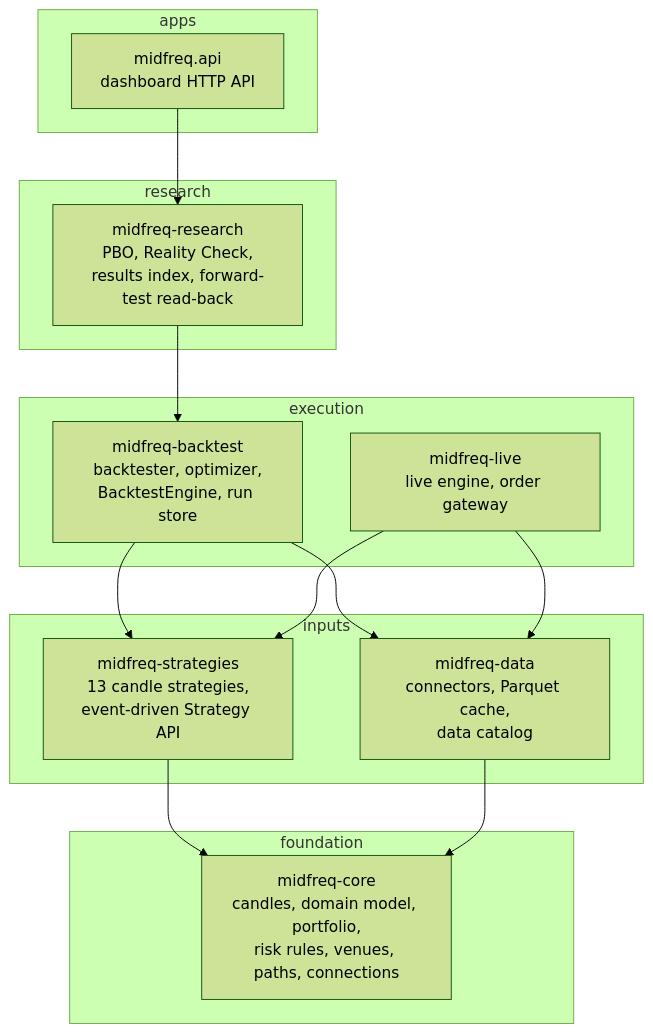
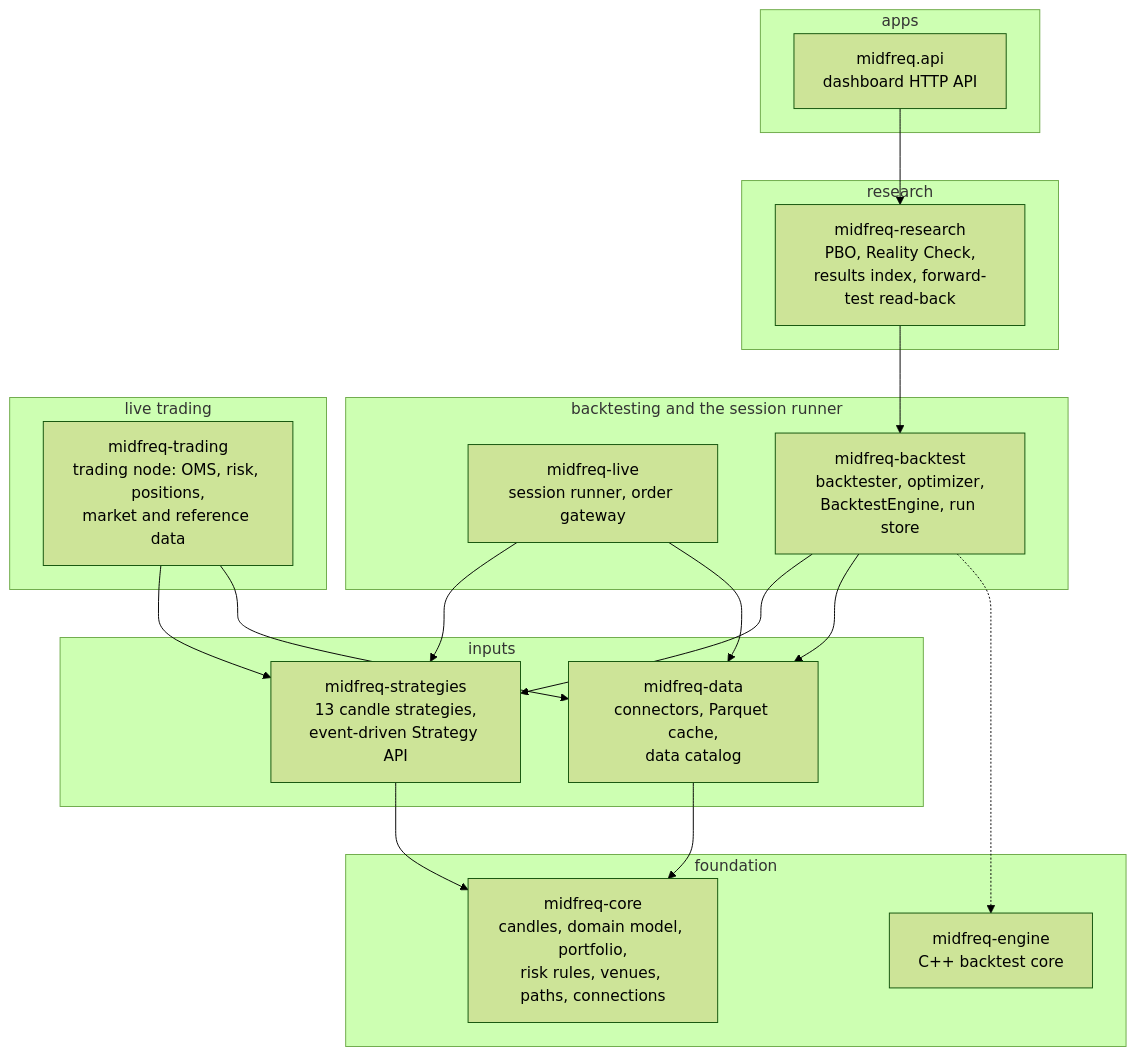
The first of 2 diagrams in site_docs/concepts/architecture.md (JacksonSeowJX/midfreq-trading-bot), drawn with Mermaid (forest theme) before and after one commit. The commit also changed other lines of this file and 25 other files, not shown here.

Commit message:
Site: the trading node, the connectors' execution side and streams, the two live paths, and releases with the node's startup checks and the test suite's counts

````diff
--- a/site_docs/concepts/architecture.md
+++ b/site_docs/concepts/architecture.md
@@ -30,29 +33,36 @@
 ```mermaid
 flowchart TB
     subgraph L1["apps"]
         api["midfreq.api<br/>dashboard HTTP API"]
     end
     subgraph L2["research"]
         research["midfreq-research<br/>PBO, Reality Check,<br/>results index, forward-test read-back"]
     end
-    subgraph L3["execution"]
-        live["midfreq-live<br/>live engine, order gateway"]
+    subgraph L3["backtesting and the session runner"]
+        live["midfreq-live<br/>session runner, order gateway"]
         backtest["midfreq-backtest<br/>backtester, optimizer,<br/>BacktestEngine, run store"]
     end
-    subgraph L4["inputs"]
+    subgraph L4["live trading"]
+        trading["midfreq-trading<br/>trading node: OMS, risk, positions,<br/>market and reference data"]
+    end
+    subgraph L5["inputs"]
         strategies["midfreq-strategies<br/>13 candle strategies,<br/>event-driven Strategy API"]
         data["midfreq-data<br/>connectors, Parquet cache,<br/>data catalog"]
     end
-    subgraph L5["foundation"]
+    subgraph L6["foundation"]
         core["midfreq-core<br/>candles, domain model, portfolio,<br/>risk rules, venues, paths, connections"]
+        engine["midfreq-engine<br/>C++ backtest core"]
     end
 
     api --> research
     research --> backtest
     backtest --> strategies
     backtest --> data
+    backtest -.-> engine
     live --> strategies
     live --> data
+    trading --> strategies
+    trading --> data
     strategies --> core
     data --> core
 ```
````
